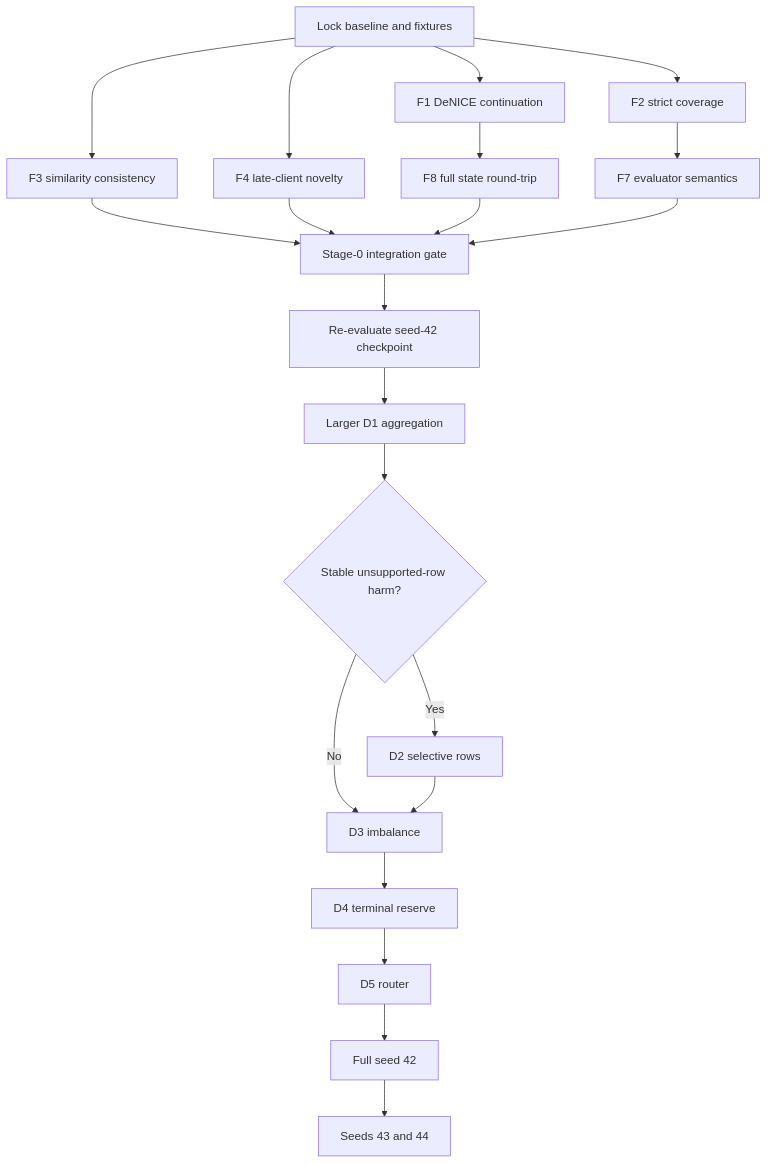
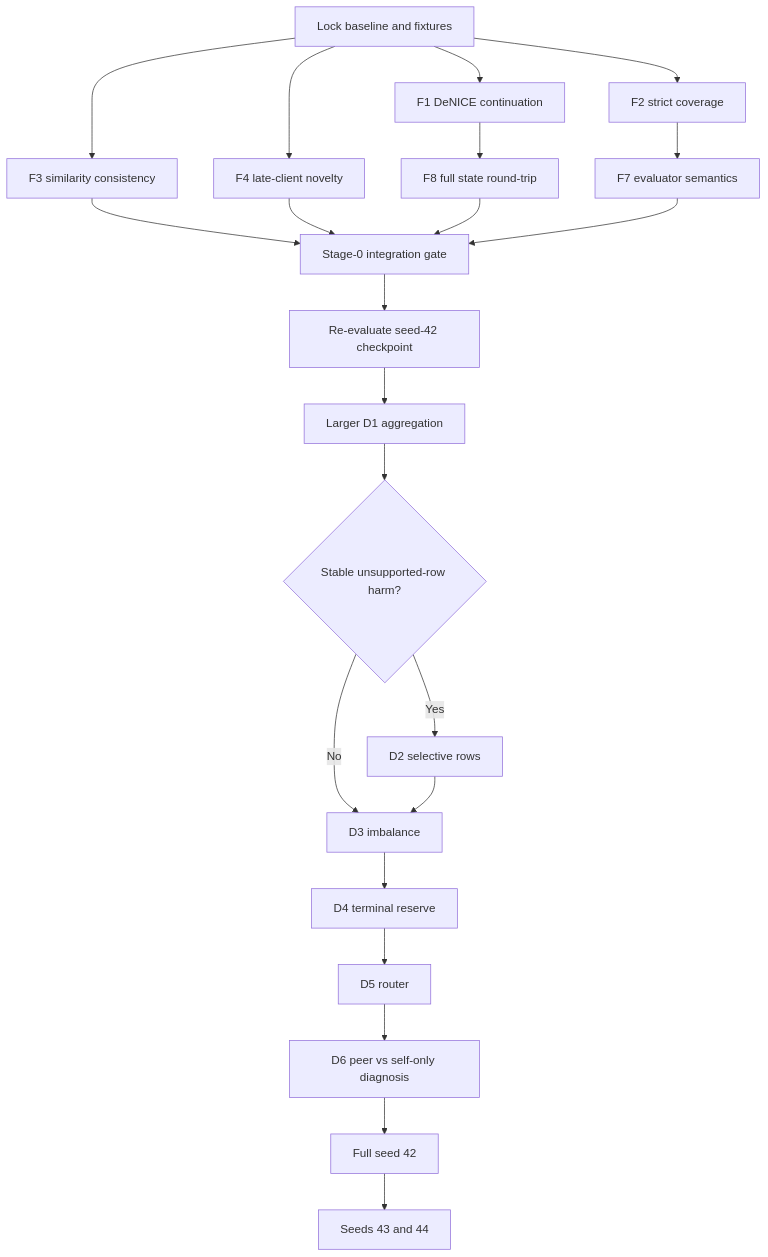
The diagram in plans/denice_consolidated_audit_action_plan_2026-08-14.md (khoilv2005/FL_IL_IDS), drawn with Mermaid before and after one commit. The commit also changed 5 other files, not shown here.

Commit message:
feat(experiments): add D6 peer aggregation diagnosis

````diff
--- a/plans/denice_consolidated_audit_action_plan_2026-08-14.md
+++ b/plans/denice_consolidated_audit_action_plan_2026-08-14.md
@@ -140,23 +140,24 @@
 ```mermaid
 flowchart TD
     A[Lock baseline and fixtures] --> B[F1 DeNICE continuation]
     A --> C[F2 strict coverage]
     A --> D[F3 similarity consistency]
     A --> E[F4 late-client novelty]
     B --> F[F8 full state round-trip]
     C --> G[F7 evaluator semantics]
     D --> H[Stage-0 integration gate]
     E --> H
     F --> H
     G --> H
     H --> I[Re-evaluate seed-42 checkpoint]
     I --> J[Larger D1 aggregation]
     J --> K{Stable unsupported-row harm?}
     K -- No --> L[D3 imbalance]
     K -- Yes --> M[D2 selective rows]
     M --> L
     L --> N[D4 terminal reserve]
     N --> O[D5 router]
-    O --> P[Full seed 42]
+    O --> R[D6 peer vs self-only diagnosis]
+    R --> P[Full seed 42]
     P --> Q[Seeds 43 and 44]
 ```
````
